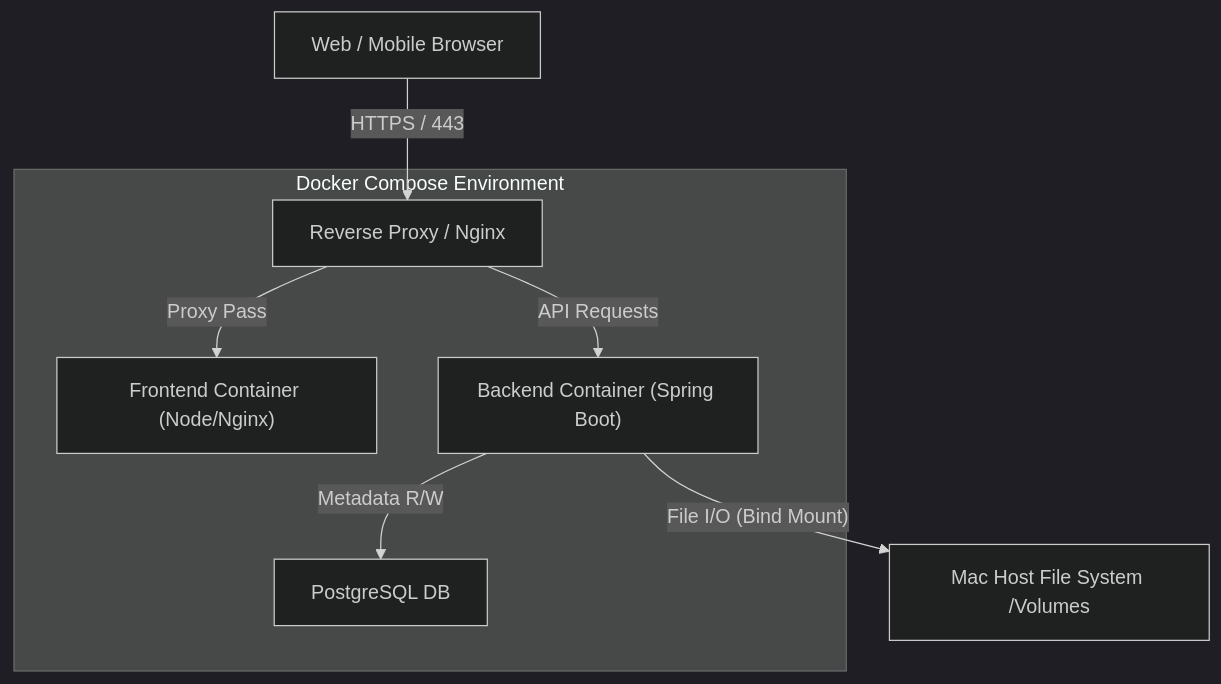
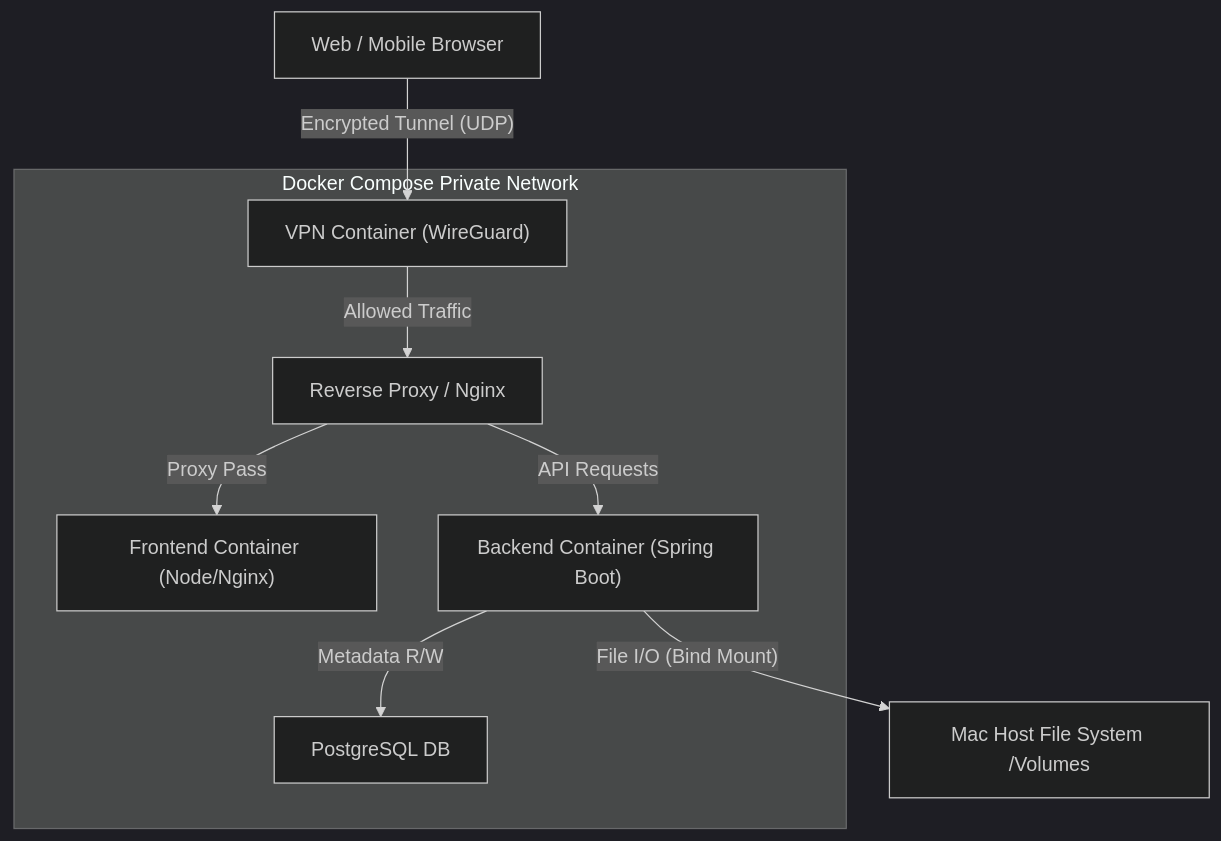
The first of 2 diagrams in spec/01_technical_architecture.md (HuiungJang/private-nas-for-mac), drawn with Mermaid (dark theme) before and after one commit. The commit also changed other lines of this file and 2 other files, not shown here.

Commit message:
feat: Update specifications to enforce VPN-only access, add WireGuard integration details, and revise system architecture

````diff
--- a/spec/01_technical_architecture.md
+++ b/spec/01_technical_architecture.md
@@ -17,12 +17,13 @@
 ```mermaid
 graph TD
-    UserClient[Web / Mobile Browser] -->|HTTPS / 443| Nginx[Reverse Proxy / Nginx]
+    UserClient[Web / Mobile Browser] -->|"Encrypted Tunnel (UDP)"| VPN_Server["VPN Container (WireGuard)"]
     
-    subgraph "Docker Compose Environment"
+    subgraph "Docker Compose Private Network"
+        VPN_Server -->|Allowed Traffic| Nginx[Reverse Proxy / Nginx]
         Nginx -->|Proxy Pass| Frontend["Frontend Container (Node/Nginx)"]
         Nginx -->|API Requests| Backend["Backend Container (Spring Boot)"]
         Backend -->|Metadata R/W| Database[PostgreSQL DB]
     end
     
     Backend -->|"File I/O (Bind Mount)"| MacOS_FS[Mac Host File System /Volumes]
 ```
````
